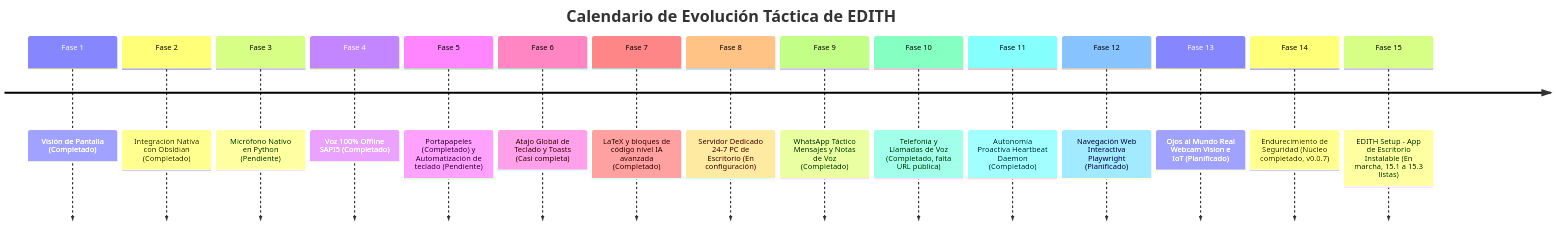
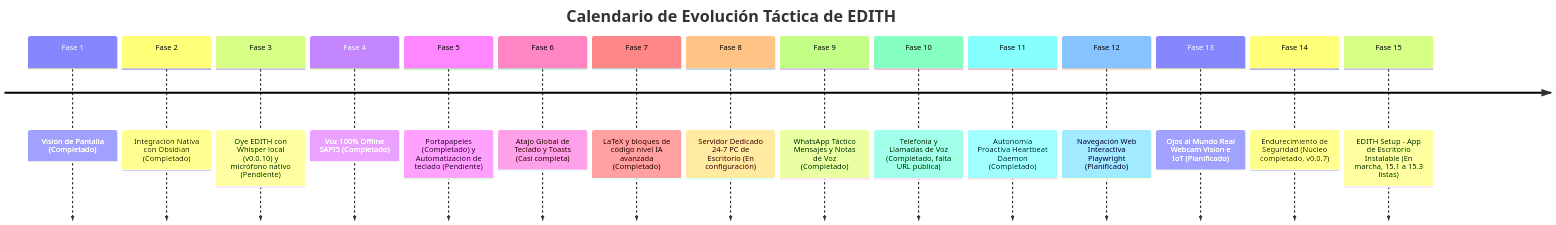
The second of 2 diagrams in EDITH_p/Plan de Cambios y Evolución de EDITH.md (SantirokcanX/E.D.I.T.H), drawn with Mermaid before and after one commit. The commit also changed other lines of this file and 17 other files, not shown here.

First line of the commit message:
EDITH 0.0.10: voces distintas, voz «Viernes» y «Oye EDITH» con Whisper local

````diff
--- a/EDITH_p/Plan de Cambios y Evolución de EDITH.md
+++ b/EDITH_p/Plan de Cambios y Evolución de EDITH.md
@@ -115,19 +115,19 @@
 ```mermaid
 timeline
     title Calendario de Evolución Táctica de EDITH
     Fase 1 : Visión de Pantalla (Completado)
     Fase 2 : Integración Nativa con Obsidian (Completado)
-    Fase 3 : Micrófono Nativo en Python (Pendiente)
+    Fase 3 : Oye EDITH con Whisper local (v0.0.10) y micrófono nativo (Pendiente)
     Fase 4 : Voz 100% Offline SAPI5 (Completado)
     Fase 5 : Portapapeles (Completado) y Automatización de teclado (Pendiente)
     Fase 6 : Atajo Global de Teclado y Toasts (Casi completa)
     Fase 7 : LaTeX y bloques de código nivel IA avanzada (Completado)
     Fase 8 : Servidor Dedicado 24-7 PC de Escritorio (En configuración)
     Fase 9 : WhatsApp Táctico Mensajes y Notas de Voz (Completado)
     Fase 10 : Telefonía y Llamadas de Voz (Completado, falta URL pública)
     Fase 11 : Autonomía Proactiva Heartbeat Daemon (Completado)
     Fase 12 : Navegación Web Interactiva Playwright (Planificado)
     Fase 13 : Ojos al Mundo Real Webcam Vision e IoT (Planificado)
     Fase 14 : Endurecimiento de Seguridad (Núcleo completado, v0.0.7)
     Fase 15 : EDITH Setup - App de Escritorio Instalable (En marcha, 15.1 a 15.3 listas)
 ```
````
